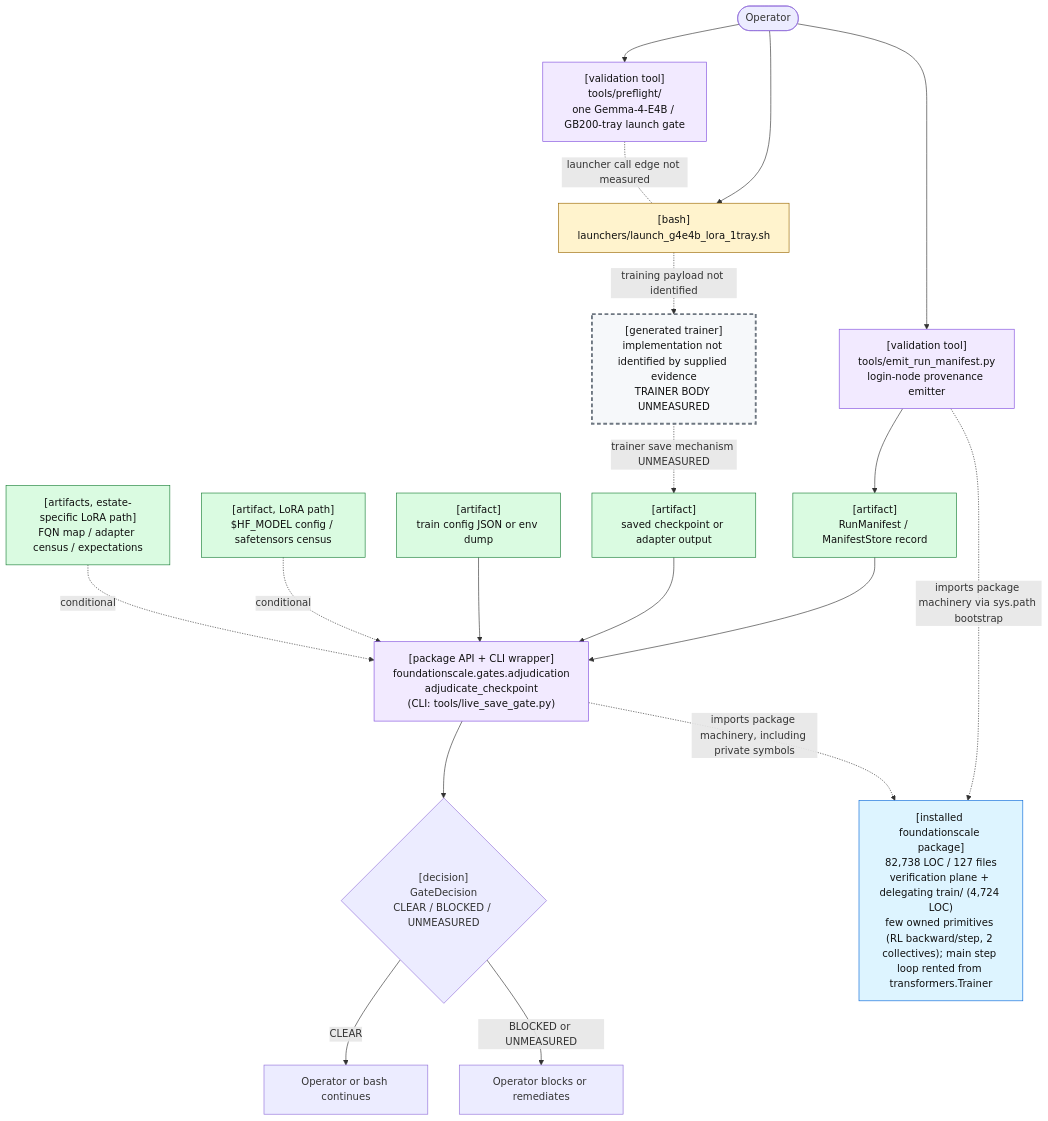
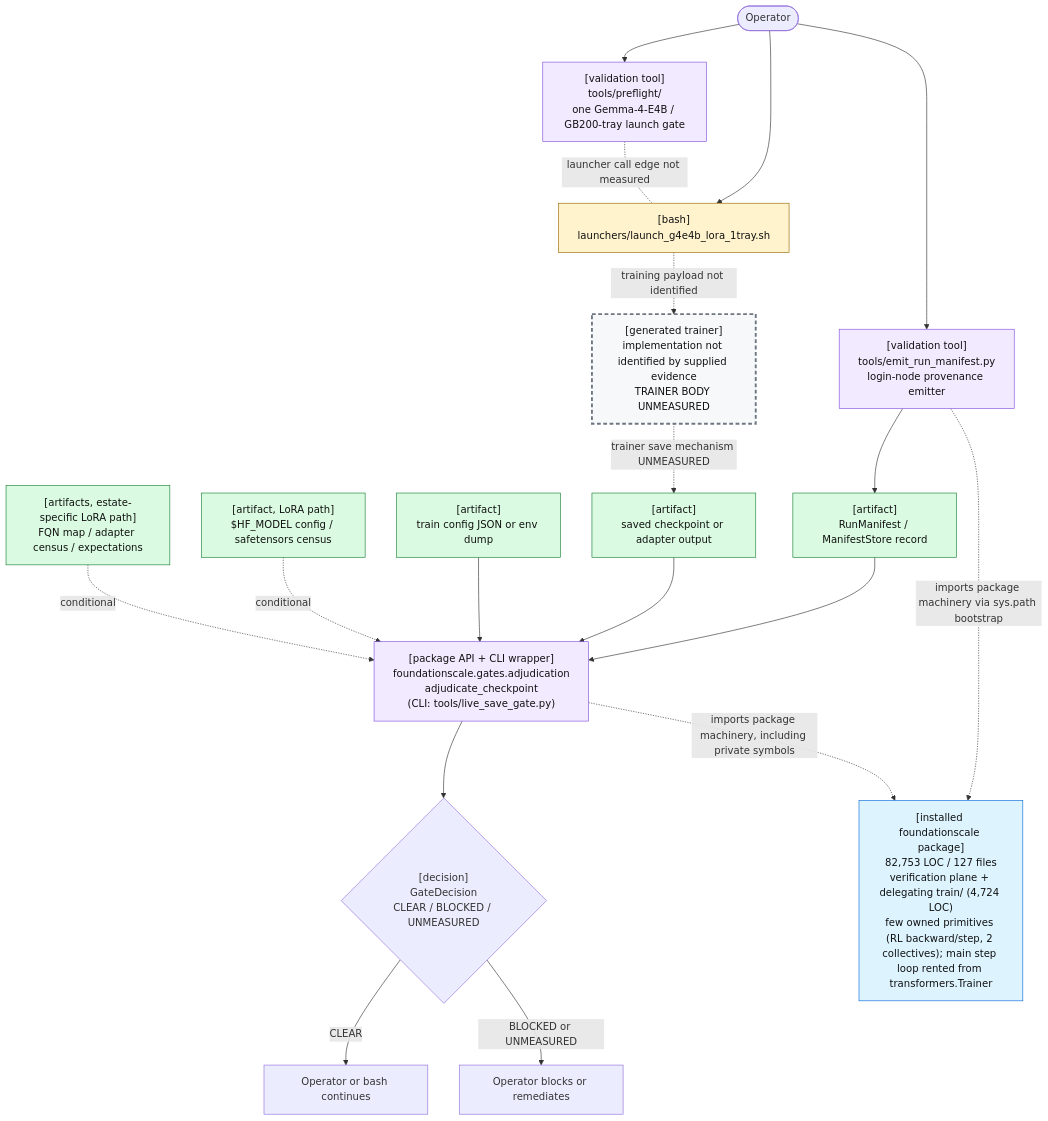
Before and after one commit to TranNhiem/FoundationScale: the first of 2 diagrams in docs/review/D2_current_architecture.md, drawn with Mermaid. The commit also changed other lines of this file and 10 other files, not shown here.

````diff
--- a/docs/review/D2_current_architecture.md
+++ b/docs/review/D2_current_architecture.md
@@ -25,59 +25,59 @@
 ```mermaid
 flowchart TB
   O(["Operator"])
 
   PF["[validation tool]<br/>tools/preflight/<br/>one Gemma-4-E4B / GB200-tray launch gate"]
   L["[bash]<br/>launchers/launch_g4e4b_lora_1tray.sh"]
 
   E["[validation tool]<br/>tools/emit_run_manifest.py<br/>login-node provenance emitter"]
   M["[artifact]<br/>RunManifest / ManifestStore record"]
 
   T["[generated trainer]<br/>implementation not identified by supplied evidence<br/>TRAINER BODY UNMEASURED"]
   C["[artifact]<br/>saved checkpoint or adapter output"]
 
   G["[package API + CLI wrapper]<br/>foundationscale.gates.adjudication<br/>adjudicate_checkpoint<br/>(CLI: tools/live_save_gate.py)"]
   CFG["[artifact]<br/>train config JSON or env dump"]
   BASE["[artifact, LoRA path]<br/>$HF_MODEL config / safetensors census"]
   CEN["[artifacts, estate-specific LoRA path]<br/>FQN map / adapter census / expectations"]
 
   D{"[decision]<br/>GateDecision<br/>CLEAR / BLOCKED / UNMEASURED"}
   OK["Operator or bash continues"]
   NO["Operator blocks or remediates"]
 
-  PKG["[installed foundationscale package]<br/>82,738 LOC / 127 files<br/>verification plane + delegating train/ (4,724 LOC)<br/>few owned primitives (RL backward/step, 2 collectives); main step loop rented from transformers.Trainer"]
+  PKG["[installed foundationscale package]<br/>82,753 LOC / 127 files<br/>verification plane + delegating train/ (4,724 LOC)<br/>few owned primitives (RL backward/step, 2 collectives); main step loop rented from transformers.Trainer"]
 
   O --> PF
   O --> L
   PF -. "launcher call edge not measured" .- L
 
   O --> E
   E --> M
 
   L -. "training payload not identified" .-> T
   T -. "trainer save mechanism UNMEASURED" .-> C
 
   M --> G
   C --> G
   CFG --> G
   BASE -. "conditional" .-> G
   CEN -. "conditional" .-> G
 
   E -. "imports package machinery via sys.path bootstrap" .-> PKG
   G -. "imports package machinery, including private symbols" .-> PKG
 
   G --> D
   D -->|"CLEAR"| OK
   D -->|"BLOCKED or UNMEASURED"| NO
 
   classDef bash fill:#fff3cd,stroke:#9a6700,color:#111;
   classDef tool fill:#f2eaff,stroke:#8250df,color:#111;
   classDef artifact fill:#dafbe1,stroke:#1a7f37,color:#111;
   classDef gap fill:#f6f8fa,stroke:#6e7781,stroke-width:3px,stroke-dasharray: 6 4,color:#111;
   classDef pkg fill:#ddf4ff,stroke:#0969da,color:#111;
 
   class L bash;
   class PF,E,G tool;
   class M,C,CFG,BASE,CEN artifact;
   class T gap;
   class PKG pkg;
 ```
````
